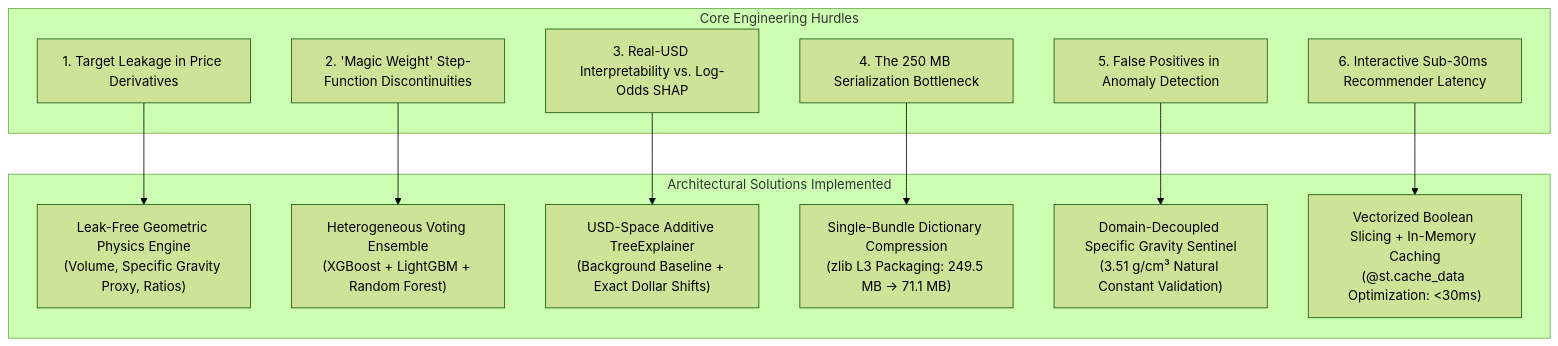
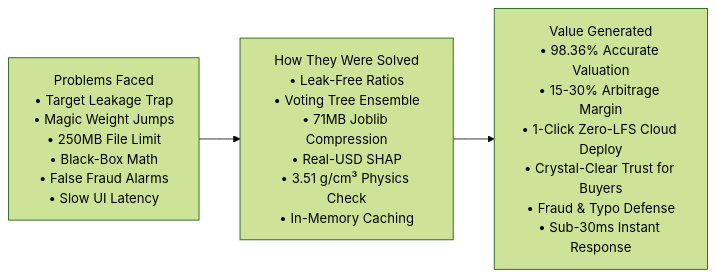
One commit to abdullahjawad2006/diamond-market-intelligence-ai changed the third of 4 diagrams in README.md. Above: the diagram before and after it, drawn with Mermaid (forest theme). The commit also changed other lines of this file, not shown here.

````diff
--- a/README.md
+++ b/README.md
@@ -121,27 +116,5 @@
 ```mermaid
-flowchart TD
-    subgraph Challenges ["Core Engineering Hurdles"]
-        C1["1. Target Leakage in Price Derivatives"]
-        C2["2. 'Magic Weight' Step-Function Discontinuities"]
-        C3["3. Real-USD Interpretability vs. Log-Odds SHAP"]
-        C4["4. The 250 MB Serialization Bottleneck"]
-        C5["5. False Positives in Anomaly Detection"]
-        C6["6. Interactive Sub-30ms Recommender Latency"]
-    end
-
-    subgraph Solutions ["Architectural Solutions Implemented"]
-        S1["Leak-Free Geometric Physics Engine<br>(Volume, Specific Gravity Proxy, Ratios)"]
-        S2["Heterogeneous Voting Ensemble<br>(XGBoost + LightGBM + Random Forest)"]
-        S3["USD-Space Additive TreeExplainer<br>(Background Baseline + Exact Dollar Shifts)"]
-        S4["Single-Bundle Dictionary Compression<br>(zlib L3 Packaging: 249.5 MB → 71.1 MB)"]
-        S5["Domain-Decoupled Specific Gravity Sentinel<br>(3.51 g/cm³ Natural Constant Validation)"]
-        S6["Vectorized Boolean Slicing + In-Memory Caching<br>(@st.cache_data Optimization: <30ms)"]
-    end
-
-    C1 --> S1
-    C2 --> S2
-    C3 --> S3
-    C4 --> S4
-    C5 --> S5
-    C6 --> S6
+flowchart LR
+    P["Problems Faced<br>• Target Leakage Trap<br>• Magic Weight Jumps<br>• 250MB File Limit<br>• Black-Box Math<br>• False Fraud Alarms<br>• Slow UI Latency"] --> S["How They Were Solved<br>• Leak-Free Ratios<br>• Voting Tree Ensemble<br>• 71MB Joblib Compression<br>• Real-USD SHAP<br>• 3.51 g/cm³ Physics Check<br>• In-Memory Caching"]
+    S --> V["Value Generated<br>• 98.36% Accurate Valuation<br>• 15-30% Arbitrage Margin<br>• 1-Click Zero-LFS Cloud Deploy<br>• Crystal-Clear Trust for Buyers<br>• Fraud & Typo Defense<br>• Sub-30ms Instant Response"]
 ```
````
